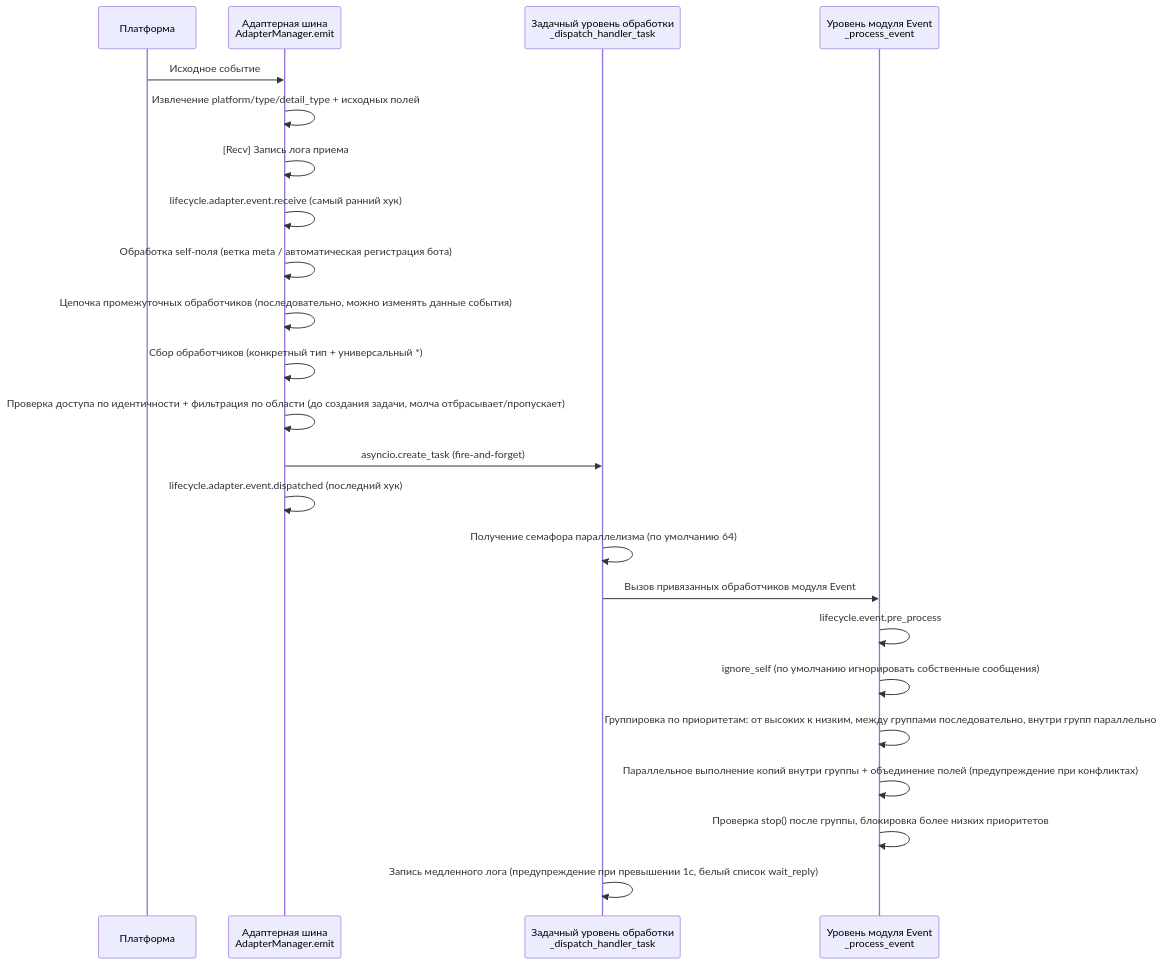
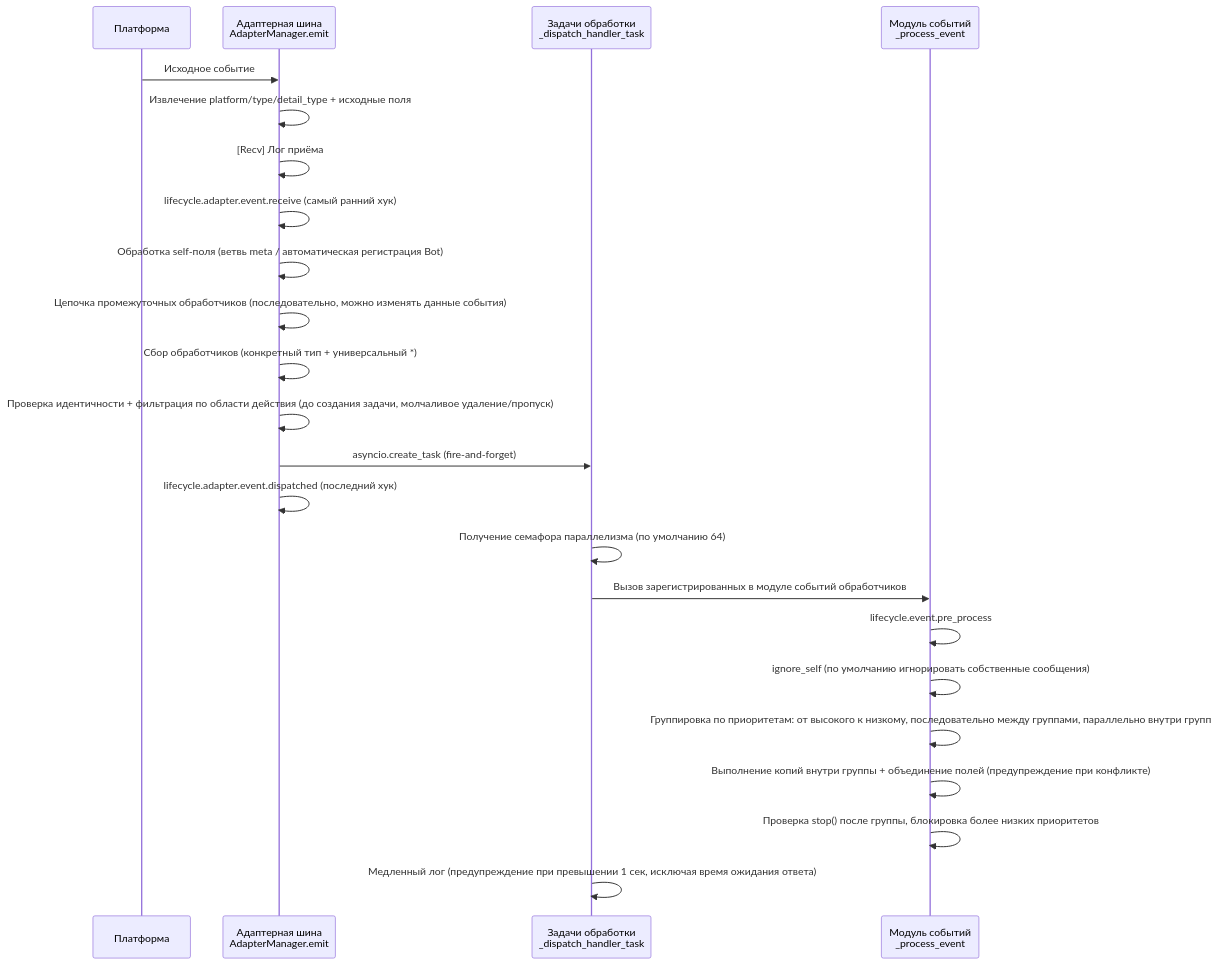
One commit to ErisPulse/ErisPulse changed the fourth of 9 diagrams in docs/ru/architecture.md. Above: the diagram before and after it, drawn with Mermaid. The commit also changed other lines of this file and 622 other files, not shown here.

````diff
--- a/docs/ru/architecture.md
+++ b/docs/ru/architecture.md
@@ -109,26 +108,26 @@
 ```mermaid
 sequenceDiagram
     participant P as Платформа
     participant A as Адаптерная шина<br/>AdapterManager.emit
-    participant T as Задачный уровень обработки<br/>_dispatch_handler_task
-    participant E as Уровень модуля Event<br/>_process_event
+    participant T as Задачи обработки<br/>_dispatch_handler_task
+    participant E as Модуль событий<br/>_process_event
 
     P->>A: Исходное событие
-    A->>A: Извлечение platform/type/detail_type + исходных полей
-    A->>A: [Recv] Запись лога приема
+    A->>A: Извлечение platform/type/detail_type + исходные поля
+    A->>A: [Recv] Лог приёма
     A->>A: lifecycle.adapter.event.receive (самый ранний хук)
-    A->>A: Обработка self-поля (ветка meta / автоматическая регистрация бота)
+    A->>A: Обработка self-поля (ветвь meta / автоматическая регистрация Bot)
     A->>A: Цепочка промежуточных обработчиков (последовательно, можно изменять данные события)
     A->>A: Сбор обработчиков (конкретный тип + универсальный *)
-    A->>A: Проверка доступа по идентичности + фильтрация по области (до создания задачи, молча отбрасывает/пропускает)
+    A->>A: Проверка идентичности + фильтрация по области действия (до создания задачи, молчаливое удаление/пропуск)
     A->>T: asyncio.create_task (fire-and-forget)
     A->>A: lifecycle.adapter.event.dispatched (последний хук)
     T->>T: Получение семафора параллелизма (по умолчанию 64)
-    T->>E: Вызов привязанных обработчиков модуля Event
+    T->>E: Вызов зарегистрированных в модуле событий обработчиков
     E->>E: lifecycle.event.pre_process
     E->>E: ignore_self (по умолчанию игнорировать собственные сообщения)
-    E->>E: Группировка по приоритетам: от высоких к низким, между группами последовательно, внутри групп параллельно
-    E->>E: Параллельное выполнение копий внутри группы + объединение полей (предупреждение при конфликтах)
+    E->>E: Группировка по приоритетам: от высокого к низкому, последовательно между группами, параллельно внутри групп
+    E->>E: Выполнение копий внутри группы + объединение полей (предупреждение при конфликте)
     E->>E: Проверка stop() после группы, блокировка более низких приоритетов
-    T->>T: Запись медленного лога (предупреждение при превышении 1с, белый список wait_reply)
+    T->>T: Медленный лог (предупреждение при превышении 1 сек, исключая время ожидания ответа)
 ```
````
